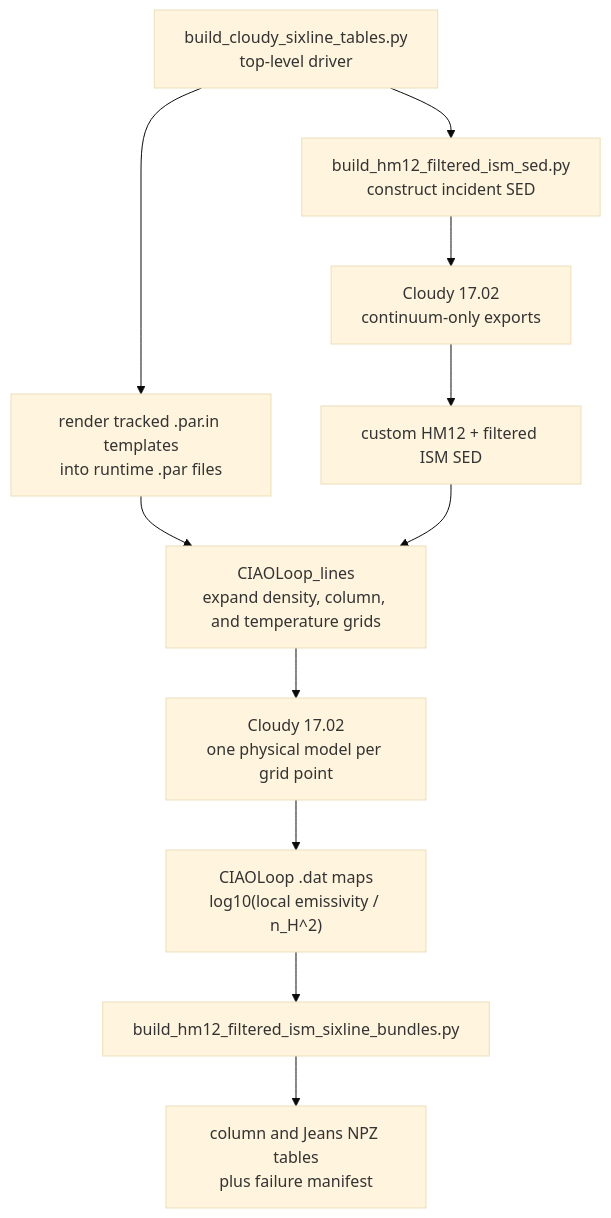
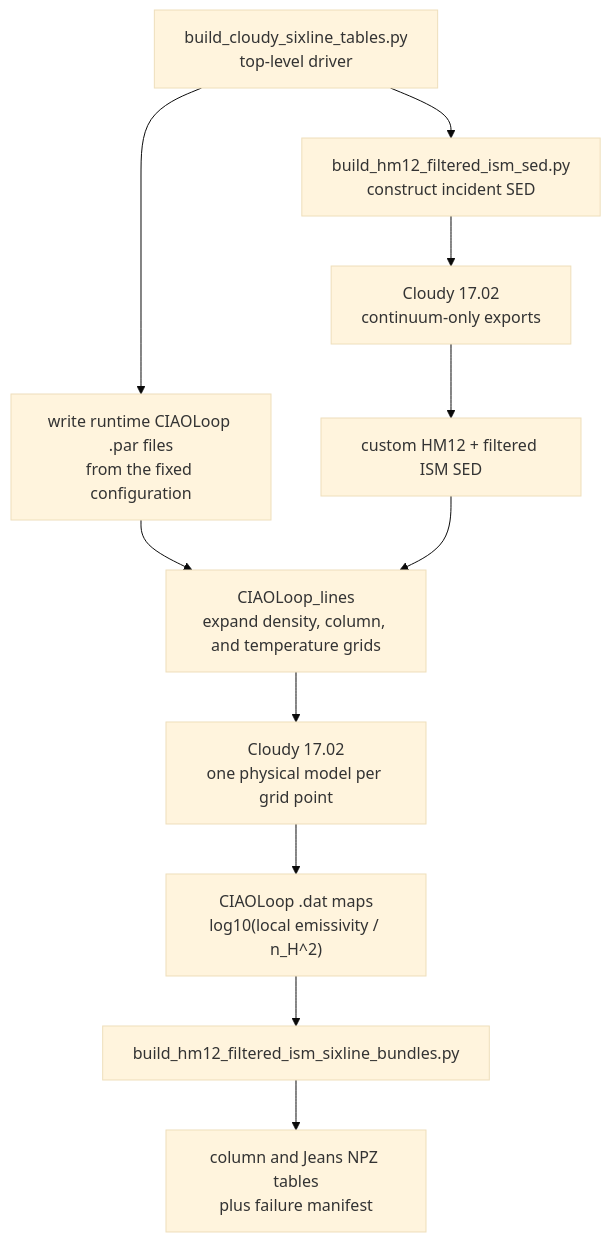
The diagram in CLOUDY_HM12_FILTERED_ISM_WORKFLOW.md (bcTiann/quokka_postprocess_3D), drawn with Mermaid (base theme) before and after one commit. The commit also changed other lines of this file and 6 other files, not shown here.

````diff
--- a/CLOUDY_HM12_FILTERED_ISM_WORKFLOW.md
+++ b/CLOUDY_HM12_FILTERED_ISM_WORKFLOW.md
@@ -80,18 +80,18 @@
 ```mermaid
 flowchart TD
     A["build_cloudy_sixline_tables.py<br/>top-level driver"]
     B["build_hm12_filtered_ism_sed.py<br/>construct incident SED"]
     C["Cloudy 17.02<br/>continuum-only exports"]
     D["custom HM12 + filtered ISM SED"]
-    E["render tracked .par.in templates<br/>into runtime .par files"]
+    E["write runtime CIAOLoop .par files<br/>from the fixed configuration"]
     F["CIAOLoop_lines<br/>expand density, column, and temperature grids"]
     G["Cloudy 17.02<br/>one physical model per grid point"]
     H["CIAOLoop .dat maps<br/>log10(local emissivity / n_H^2)"]
     I["build_hm12_filtered_ism_sixline_bundles.py"]
     J["column and Jeans NPZ tables<br/>plus failure manifest"]
 
     A --> B --> C --> D
     A --> E --> F
     D --> F
     F --> G --> H --> I --> J
 ```
````
